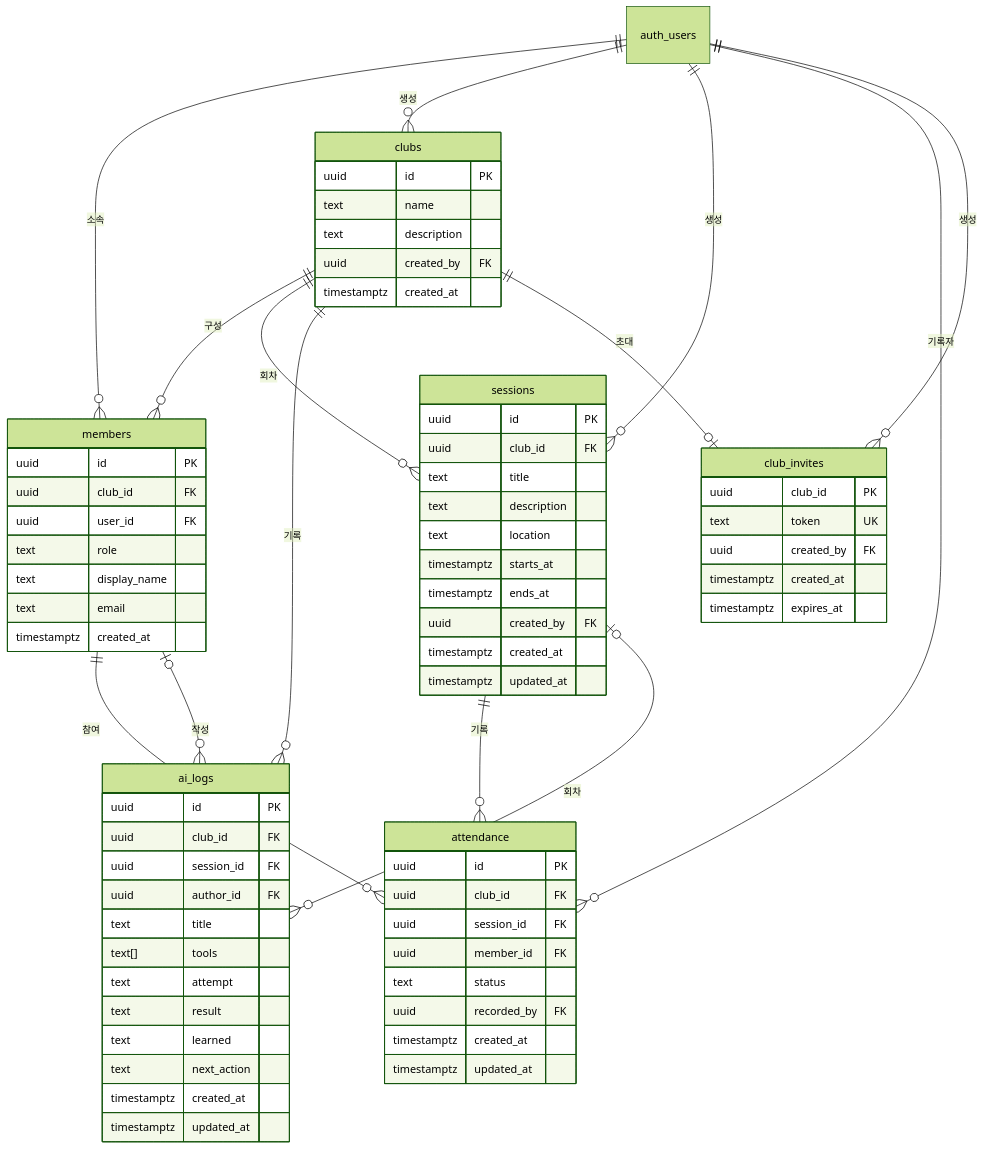
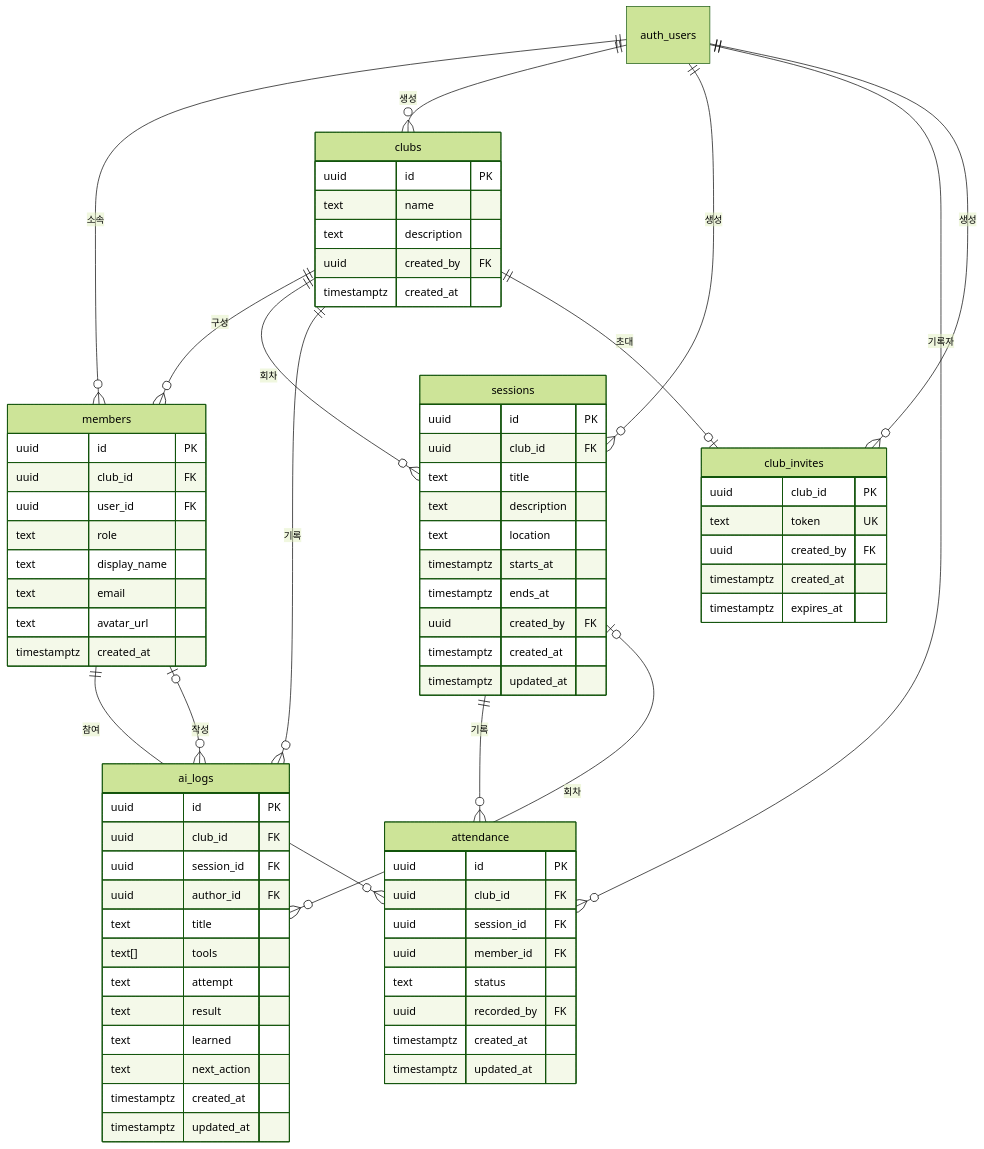
Before and after one commit to pkdee/ai-club-os: the diagram in docs/DATABASE.md, drawn with Mermaid (forest theme). The commit also changed other lines of this file and 4 other files, not shown here.

````diff
--- a/docs/DATABASE.md
+++ b/docs/DATABASE.md
@@ -50,81 +51,82 @@
 ```mermaid
 erDiagram
   auth_users ||--o{ members : "소속"
   clubs ||--o{ members : "구성"
   auth_users ||--o{ clubs : "생성"
   clubs ||--o{ sessions : "회차"
   auth_users ||--o{ sessions : "생성"
   sessions ||--o{ attendance : "기록"
   members ||--o{ attendance : "참여"
   auth_users ||--o{ attendance : "기록자"
   clubs ||--o{ ai_logs : "기록"
   sessions |o--o{ ai_logs : "회차"
   members |o--o{ ai_logs : "작성"
   clubs ||--o| club_invites : "초대"
   auth_users ||--o{ club_invites : "생성"
 
   clubs {
     uuid id PK
     text name
     text description
     uuid created_by FK
     timestamptz created_at
   }
 
   members {
     uuid id PK
     uuid club_id FK
     uuid user_id FK
     text role
     text display_name
     text email
+    text avatar_url
     timestamptz created_at
   }
 
   sessions {
     uuid id PK
     uuid club_id FK
     text title
     text description
     text location
     timestamptz starts_at
     timestamptz ends_at
     uuid created_by FK
     timestamptz created_at
     timestamptz updated_at
   }
 
   attendance {
     uuid id PK
     uuid club_id FK
     uuid session_id FK
     uuid member_id FK
     text status
     uuid recorded_by FK
     timestamptz created_at
     timestamptz updated_at
   }
 
   ai_logs {
     uuid id PK
     uuid club_id FK
     uuid session_id FK
     uuid author_id FK
     text title
     text[] tools
     text attempt
     text result
     text learned
     text next_action
     timestamptz created_at
     timestamptz updated_at
   }
 
   club_invites {
     uuid club_id PK
     text token UK
     uuid created_by FK
     timestamptz created_at
     timestamptz expires_at
   }
 ```
````
